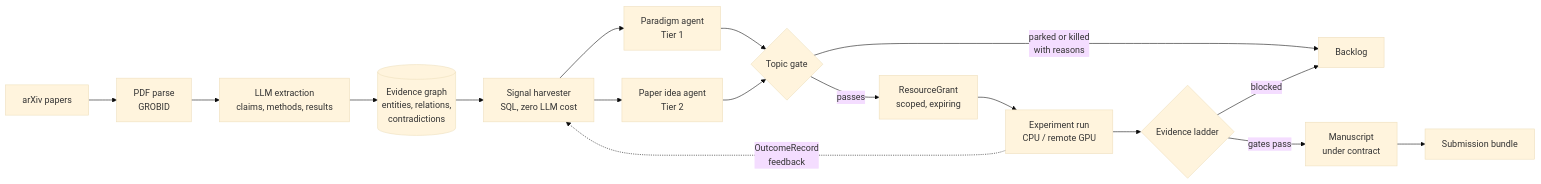
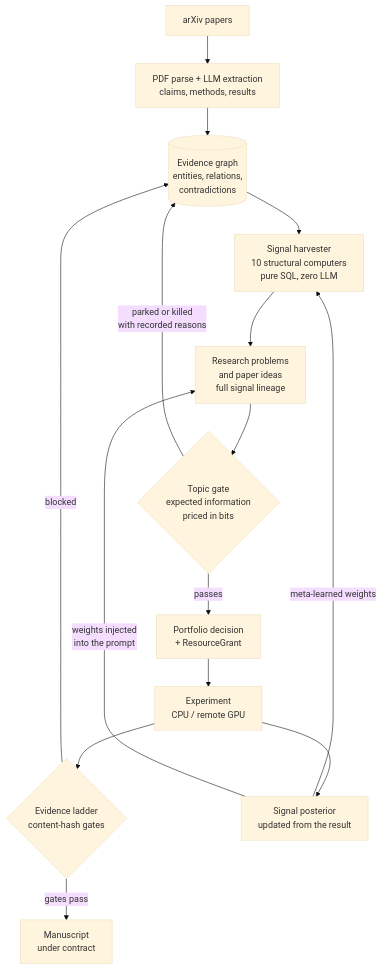
Before and after one commit to billion-token-one-task/Deepgraph: the first of 4 diagrams in README.md, drawn with Mermaid (base theme). The commit also changed other lines of this file and 3 other files, not shown here.

````diff
--- a/README.md
+++ b/README.md
@@ -57,19 +53,17 @@
 ```mermaid
-flowchart LR
-  A["arXiv papers"] --> B["PDF parse<br/>GROBID"]
-  B --> C["LLM extraction<br/>claims, methods, results"]
-  C --> D[("Evidence graph<br/>entities, relations,<br/>contradictions")]
-  D --> E["Signal harvester<br/>SQL, zero LLM cost"]
-  E --> F["Paradigm agent<br/>Tier 1"]
-  E --> G["Paper idea agent<br/>Tier 2"]
-  F --> H{"Topic gate"}
-  G --> H
-  H -->|"passes"| I["ResourceGrant<br/>scoped, expiring"]
-  H -->|"parked or killed<br/>with reasons"| Z["Backlog"]
-  I --> J["Experiment run<br/>CPU / remote GPU"]
-  J --> K{"Evidence ladder"}
-  K -->|"gates pass"| L["Manuscript<br/>under contract"]
-  K -->|"blocked"| Z
-  L --> M["Submission bundle"]
-  J -.->|"OutcomeRecord<br/>feedback"| E
+flowchart TB
+  A["arXiv papers"] --> B["PDF parse + LLM extraction<br/>claims, methods, results"]
+  B --> C[("Evidence graph<br/>entities, relations,<br/>contradictions")]
+  C --> D["Signal harvester<br/>10 structural computers<br/>pure SQL, zero LLM"]
+  D --> E["Research problems<br/>and paper ideas<br/>full signal lineage"]
+  E --> F{"Topic gate<br/>expected information<br/>priced in bits"}
+  F -->|"parked or killed<br/>with recorded reasons"| C
+  F -->|"passes"| G["Portfolio decision<br/>+ ResourceGrant"]
+  G --> H["Experiment<br/>CPU / remote GPU"]
+  H --> I{"Evidence ladder<br/>content-hash gates"}
+  I -->|"gates pass"| J["Manuscript<br/>under contract"]
+  I -->|"blocked"| C
+  H --> K["Signal posterior<br/>updated from the result"]
+  K -->|"meta-learned weights"| D
+  K -->|"weights injected<br/>into the prompt"| E
 ```
````
